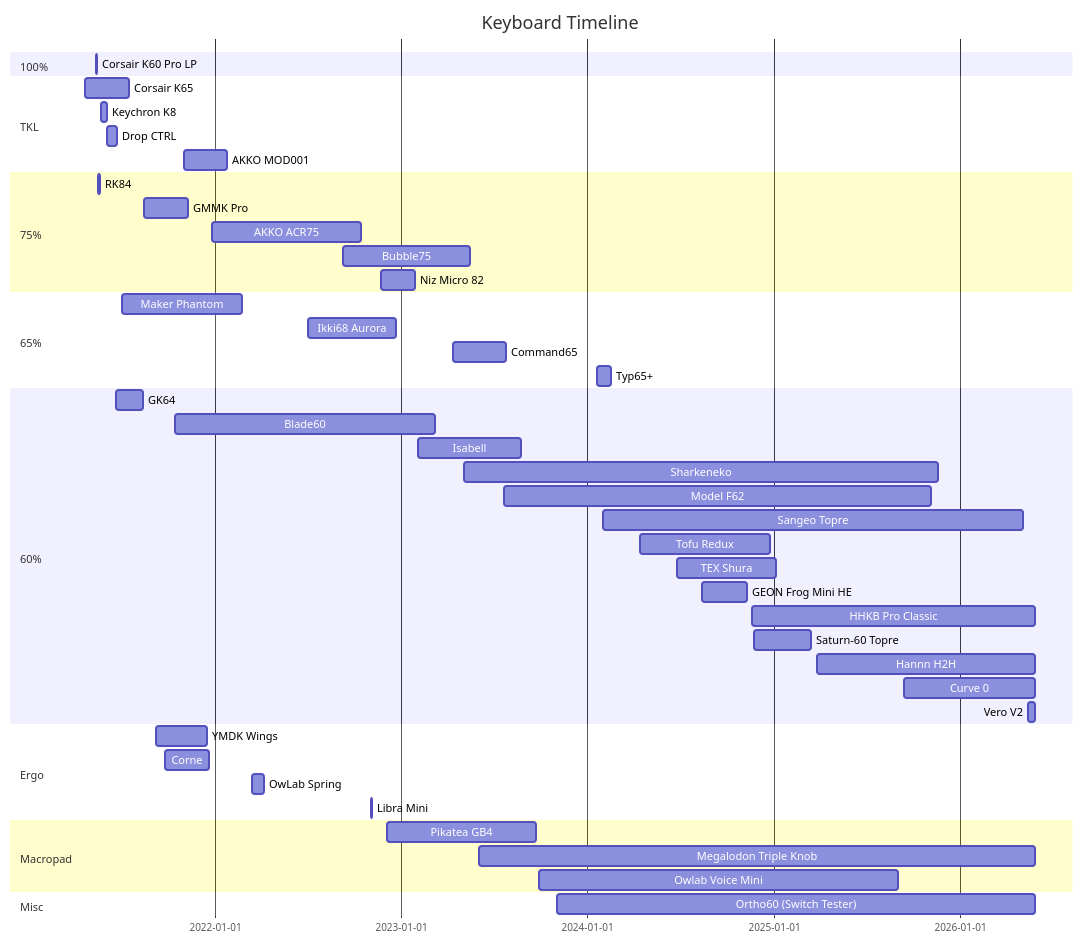
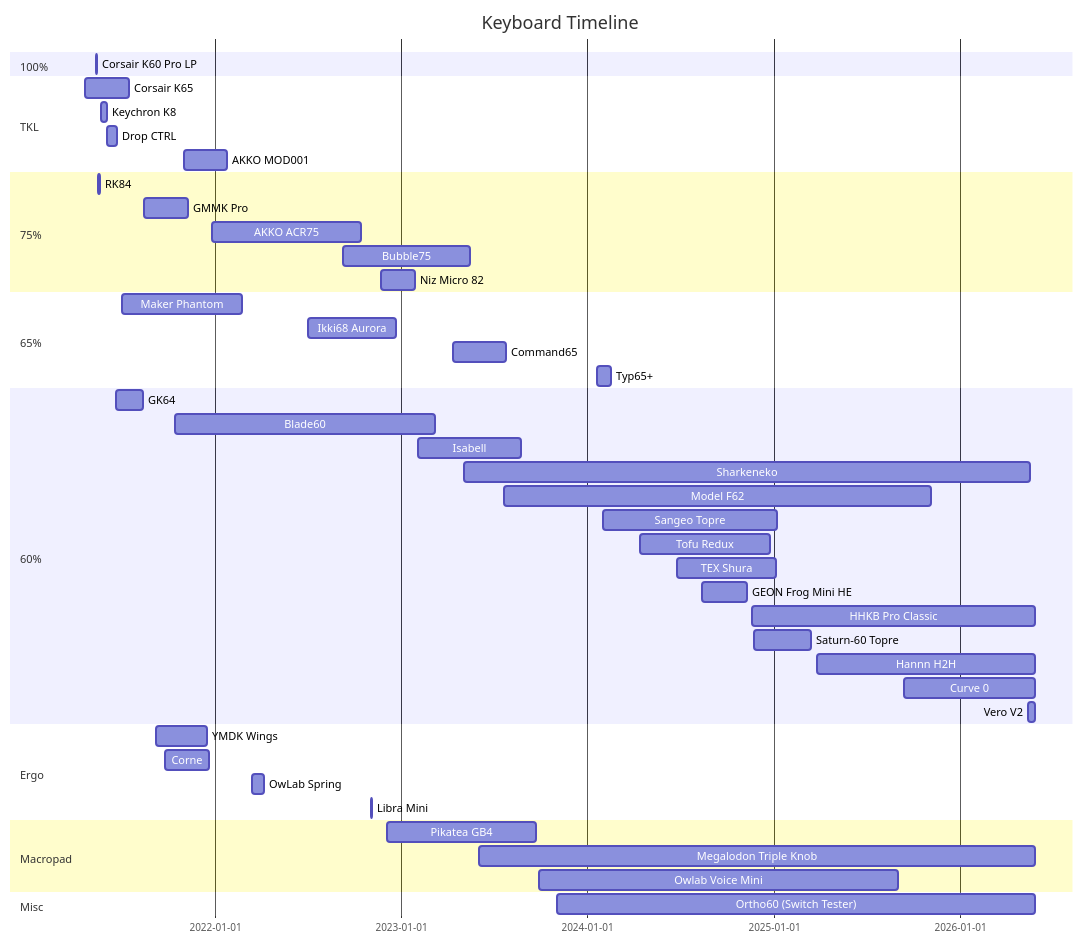
Before and after one commit to d-floe/quartz: the diagram in content/keyboard-index.md, drawn with Mermaid.

Commit message:
vault backup: 2026-05-29 17:55:20

````diff
--- a/content/keyboard-index.md
+++ b/content/keyboard-index.md
@@ -6,59 +6,59 @@
 ```mermaid
 gantt
         title Keyboard Timeline
         dateFormat  MMMM Do YYYY
         todayMarker off
 
         section 100%
         Corsair K60 Pro LP:a2, May 12th 2021,May 15th 2021
 
         section TKL
         Corsair K65:a1, April 21st 2021,July 17th 2021
         Keychron K8:a4, May 22nd 2021,June 4th 2021
         Drop CTRL:a5, June 3rd 2021,June 22nd 2021
         AKKO MOD001:a12, November 1st 2021,January 25th 2022
 
         section 75%
         RK84:a3, May 16th 2021,May 21st 2021
         GMMK Pro:a8, August 14th 2021,November 10th 2021
 
         AKKO ACR75:a13, December 27th 2021,October 15th 2022
         Bubble75:a16, September 9th 2022,May 16th 2023
         Niz Micro 82:a18, November 23rd 2022,January 28th 2023
 
         section 65%
         Maker Phantom:a7, July 2nd 2021,February 23rd 2022
         Ikki68 Aurora:a15, July 2nd 2022,December 23rd 2022
         Command65:a20, April 14th 2023,July 26th 2023
         Typ65+:a23, January 20th 2024,February 17th 2024
 
         section 60%
         GK64:a6, June 20th 2021,August 13th 2021
         Blade60:a11, October 15th 2021,March 9th 2023
         Isabell:a19, February 4th 2023,August 25th 2023
-        Sharkeneko:a21, May 4th 2023,November 19th 2025
+        Sharkeneko:a21, May 4th 2023,May 19th 2026
         Model F62:a22, July 22nd 2023,November 6th 2025
-        Sangeo Topre:a26,February 1st 2024,May 6th 2026
+        Sangeo Topre:a26,February 1st 2024,January 7th 2025
         Tofu Redux:a27,April 13th 2024,December 26th 2024
         TEX Shura:a28,June 25th 2024,January 5th 2025
         GEON Frog Mini HE:a29,August 14th 2024,November 9th 2024
         HHKB Pro Classic:a30,November 20th 2024,May 29th 2026
         Saturn-60 Topre:a31,November 23rd 2024,March 16th 2025
         Hannn H2H:a32,March 27th 2025,May 29th 2026
         Curve 0:a33,September 13th 2025,May 29th 2026
         Vero V2:a34,May 15th 2026,May 29th 2026
 
 		section Ergo
         YMDK Wings:a9, September 7th 2021,December 16th 2021
 		Corne:a10, September 25th 2021,December 21st 2021
 		OwLab Spring:a14, March 14th 2022,April 7th 2022
 		Libra Mini:a17, November 3rd 2022,November 6th 2022
 
 		section Macropad
 		Pikatea GB4:apk, December 5th 2022,September 23rd 2023
 		Megalodon Triple Knob:atk, June 3rd 2023,May 29th 2026
 		Owlab Voice Mini:avm, September 29th 2023,September 2nd 2025
 
 		section Misc
 		Ortho60 (Switch Tester):ost, November 4th 2023,May 29th 2026
 ```
````
